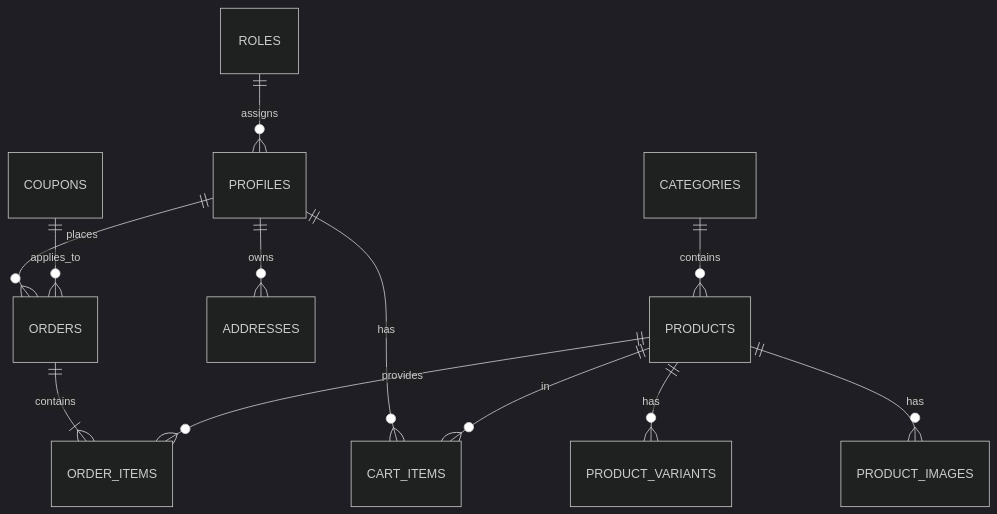
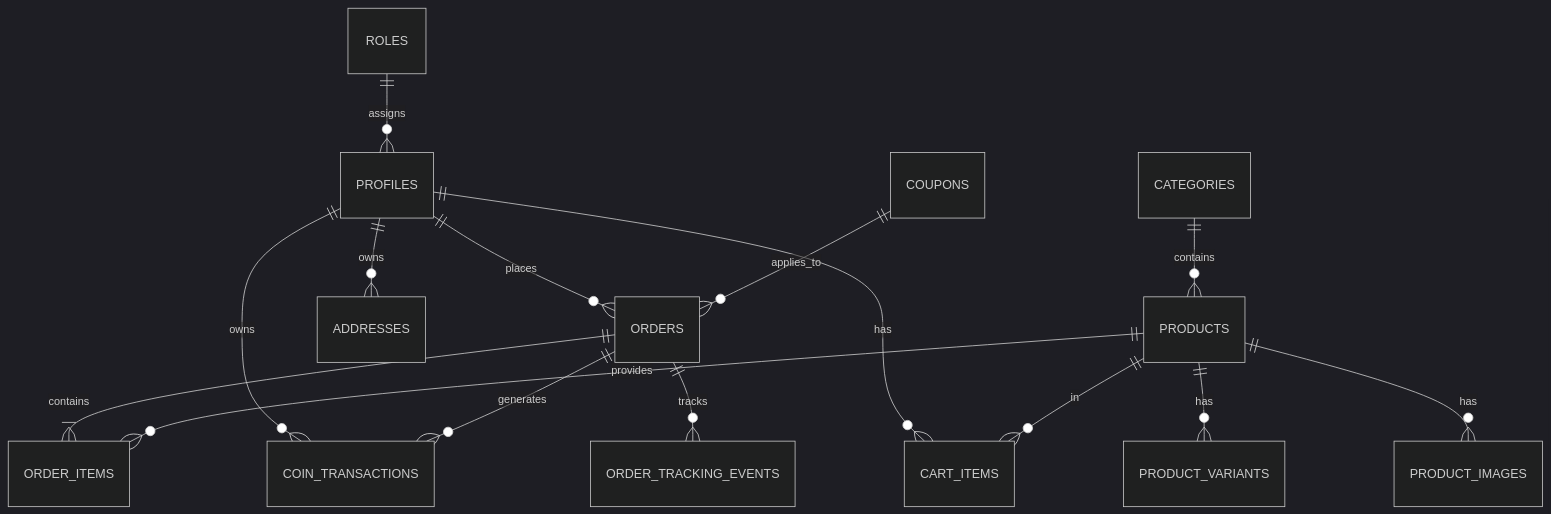
One commit to tqd0105/luxecommerce-platform changed the diagram in docs/database.md. Above: the diagram before and after it, drawn with Mermaid (dark theme). The commit also changed other lines of this file and 40 other files, not shown here.

Commit message:
feat: implement order tracking system, loyalty coins, VIP membership tiers, and UI touchpoints

````diff
--- a/docs/database.md
+++ b/docs/database.md
@@ -32,14 +39,17 @@
 ```mermaid
 erDiagram
     PROFILES ||--o{ ORDERS : places
     PROFILES ||--o{ CART_ITEMS : has
     PROFILES ||--o{ ADDRESSES : owns
+    PROFILES ||--o{ COIN_TRANSACTIONS : owns
     ROLES ||--o{ PROFILES : assigns
     CATEGORIES ||--o{ PRODUCTS : contains
     PRODUCTS ||--o{ PRODUCT_VARIANTS : has
     PRODUCTS ||--o{ PRODUCT_IMAGES : has
     PRODUCTS ||--o{ CART_ITEMS : in
     ORDERS ||--|{ ORDER_ITEMS : contains
+    ORDERS ||--o{ COIN_TRANSACTIONS : generates
     PRODUCTS ||--o{ ORDER_ITEMS : provides
     COUPONS ||--o{ ORDERS : applies_to
+    ORDERS ||--o{ ORDER_TRACKING_EVENTS : tracks
 ```
````
